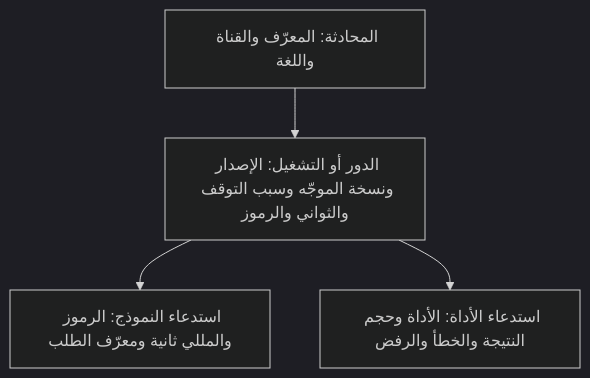
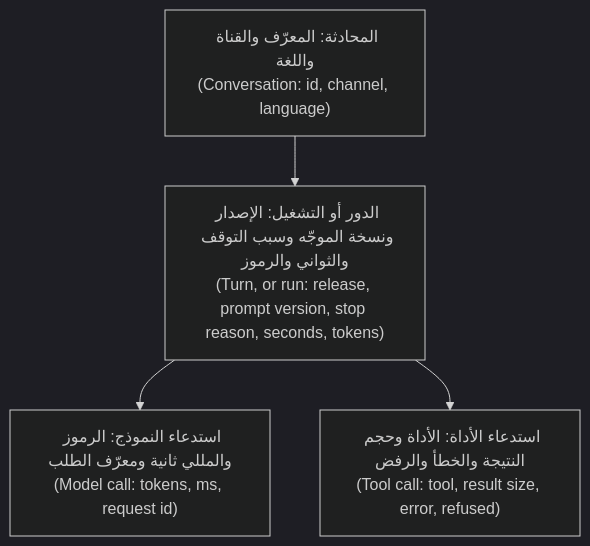
The first of 2 diagrams in aiapps/modules/15-operating.ar.md (Tamoura/system-design-for-vibe-coders), drawn with Mermaid (dark theme) before and after one commit. The commit also changed other lines of this file and 17 other files, not shown here.

First line of the commit message:
AI applications & agents: Arabic edition complete (RTL diagrams, diagram glosses, translated 60-question exam)

````diff
--- a/aiapps/modules/15-operating.ar.md
+++ b/aiapps/modules/15-operating.ar.md
@@ -28,6 +28,6 @@
 ```mermaid
 flowchart TD
-    C["المحادثة: المعرّف والقناة واللغة"] --> T["الدور أو التشغيل: الإصدار ونسخة الموجّه وسبب التوقف والثواني والرموز"]
-    T --> M["استدعاء النموذج: الرموز والمللي ثانية ومعرّف الطلب"]
-    T --> L["استدعاء الأداة: الأداة وحجم النتيجة والخطأ والرفض"]
+    C["المحادثة: المعرّف والقناة واللغة<br/>(Conversation: id, channel, language)"] --> T["الدور أو التشغيل: الإصدار ونسخة الموجّه وسبب التوقف والثواني والرموز<br/>(Turn, or run: release, prompt version, stop reason, seconds, tokens)"]
+    T --> M["استدعاء النموذج: الرموز والمللي ثانية ومعرّف الطلب<br/>(Model call: tokens, ms, request id)"]
+    T --> L["استدعاء الأداة: الأداة وحجم النتيجة والخطأ والرفض<br/>(Tool call: tool, result size, error, refused)"]
 ```
````
